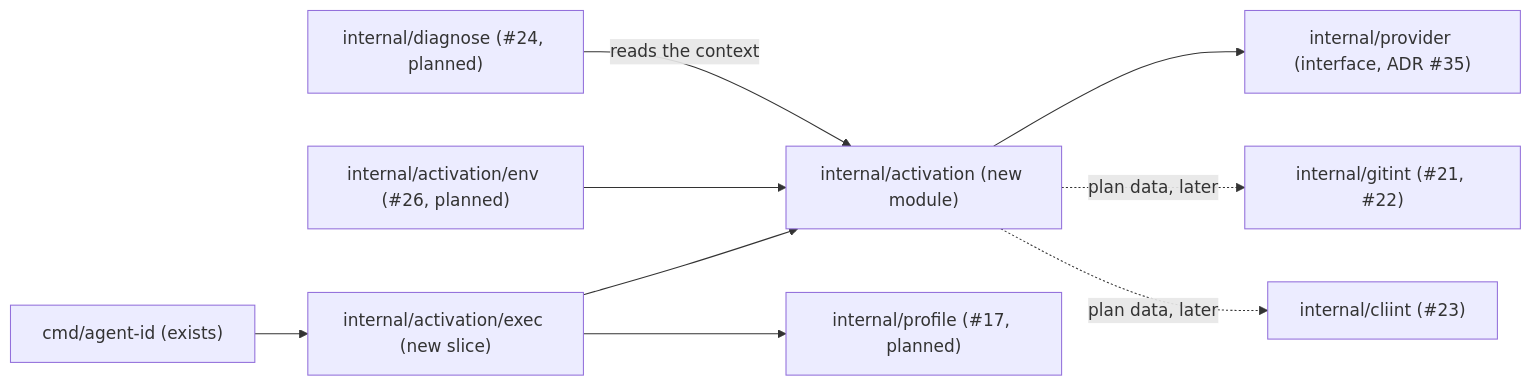
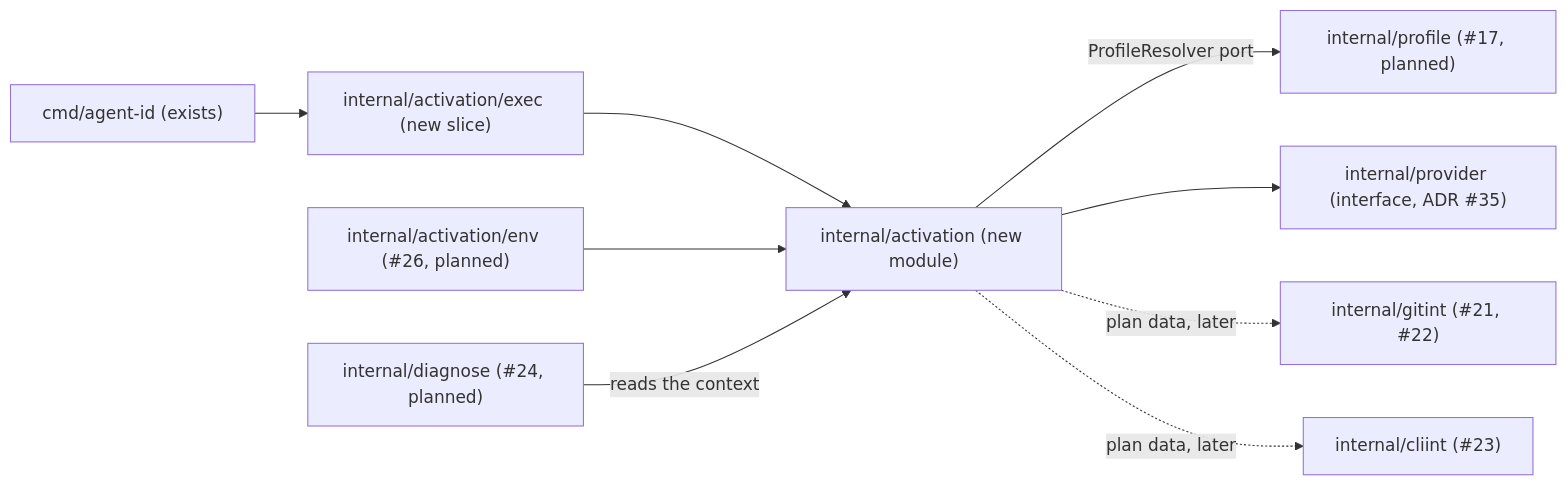
One commit to cultofthecode/agent-id changed the diagram in .ai/specs/2026-11-13-exec-child-environment.md. Above: the diagram before and after it, drawn with Mermaid. The commit also changed other lines of this file, not shown here.

Commit message:
docs(specs): address review of the exec spec — include bypass, flag exit codes, re-entry markers, fail-closed drop list (#20)

````diff
--- a/.ai/specs/2026-11-13-exec-child-environment.md
+++ b/.ai/specs/2026-11-13-exec-child-environment.md
@@ -159,11 +180,11 @@
 ```mermaid
 flowchart LR
     Root["cmd/agent-id (exists)"] --> Exec["internal/activation/exec (new slice)"]
     Exec --> Act["internal/activation (new module)"]
-    Exec --> Store["internal/profile (#17, planned)"]
+    Act -->|ProfileResolver port| Store["internal/profile (#17, planned)"]
     Act --> Prov["internal/provider (interface, ADR #35)"]
     Act -.plan data, later.-> Git["internal/gitint (#21, #22)"]
     Act -.plan data, later.-> Cli["internal/cliint (#23)"]
     Env["internal/activation/env (#26, planned)"] --> Act
     Diag["internal/diagnose (#24, planned)"] -->|reads the context| Act
 ```
````
